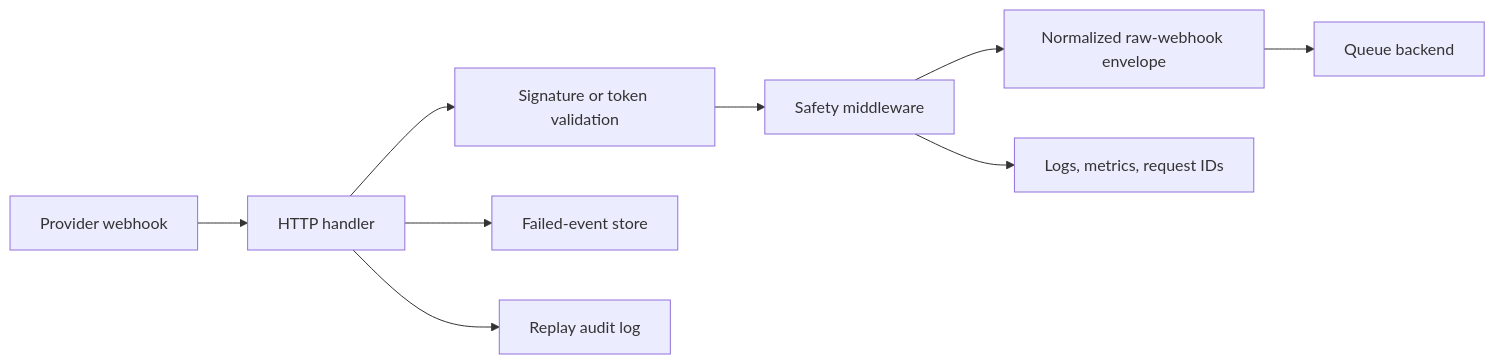
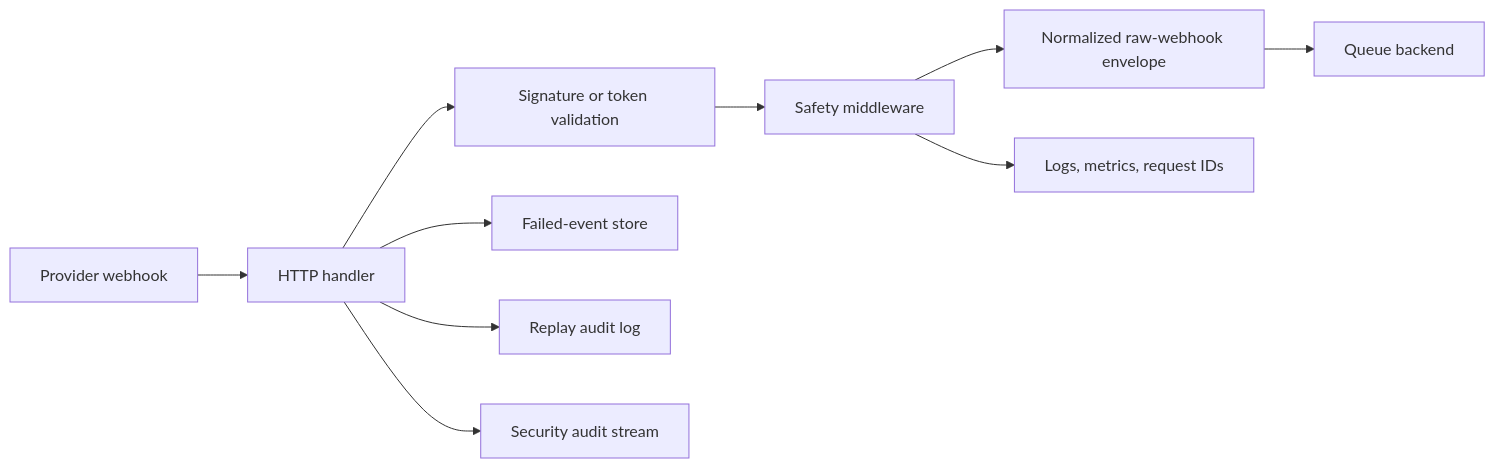
The diagram in services/ingestion-gateway/README.md (kill74/TeamPulseBridge), drawn with Mermaid before and after one commit. The commit also changed other lines of this file and 64 other files, not shown here.

````diff
--- a/services/ingestion-gateway/README.md
+++ b/services/ingestion-gateway/README.md
@@ -32,11 +32,12 @@
 ```mermaid
 flowchart LR
   A["Provider webhook"] --> B["HTTP handler"]
   B --> C["Signature or token validation"]
   C --> D["Safety middleware"]
   D --> E["Normalized raw-webhook envelope"]
   E --> F["Queue backend"]
   B --> G["Failed-event store"]
   B --> H["Replay audit log"]
+  B --> J["Security audit stream"]
   D --> I["Logs, metrics, request IDs"]
 ```
````
